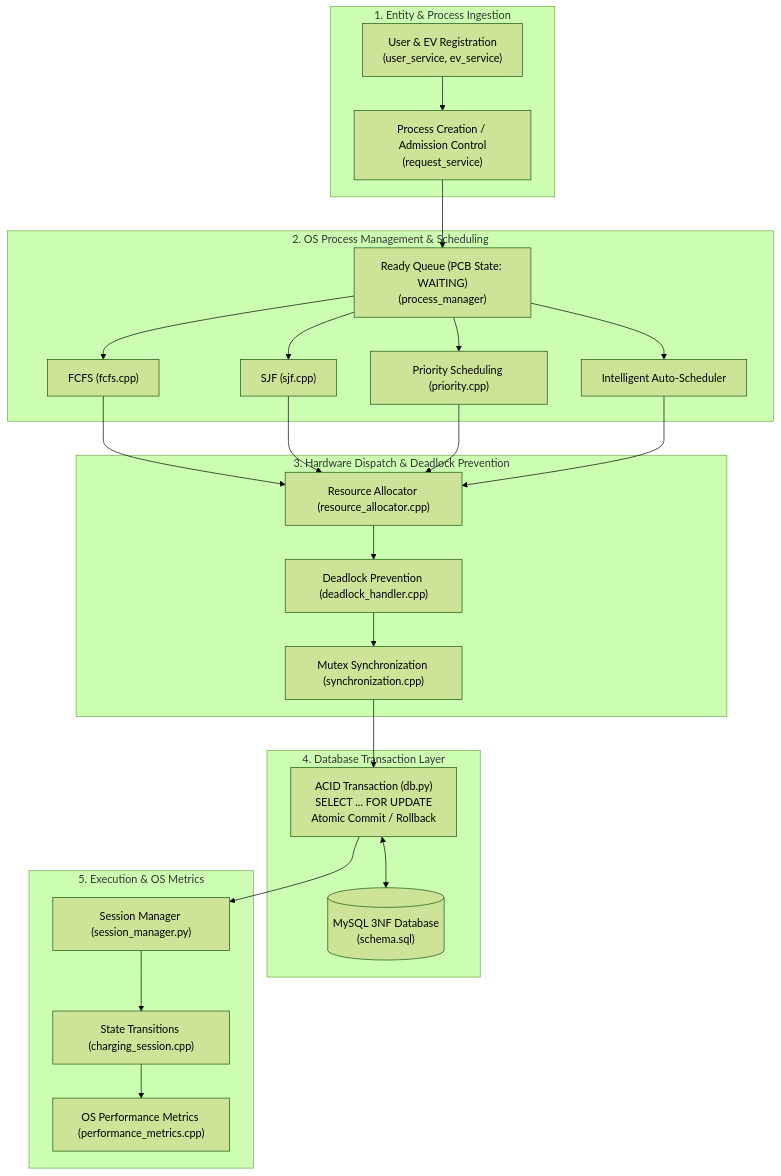
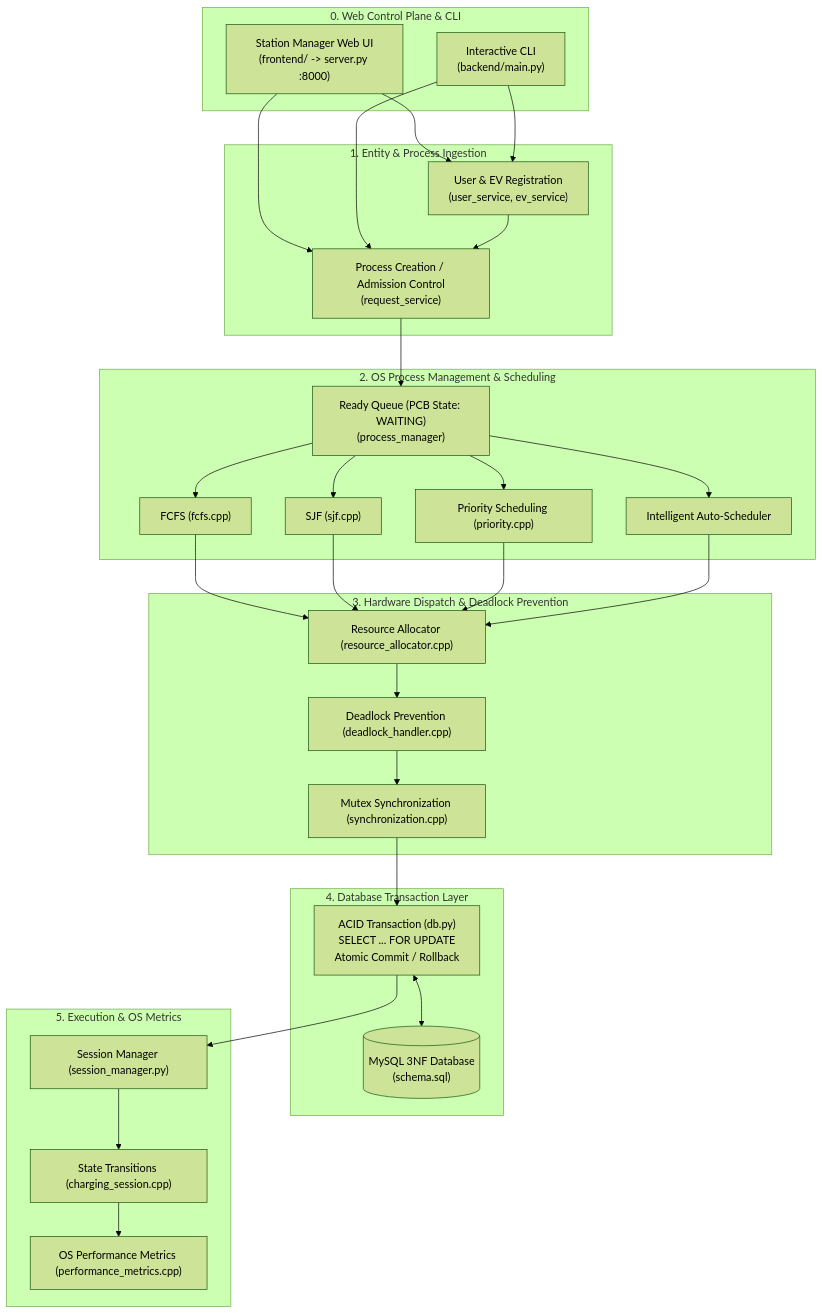
The diagram in README.md (DevanshAgarwal27/DBOS), drawn with Mermaid (forest theme) before and after one commit. The commit also changed other lines of this file and 13 other files, not shown here.

Commit message:
feat: complete Phase 3 web control plane frontend, REST server, architecture diagram, and updated README

````diff
--- a/README.md
+++ b/README.md
@@ -14,42 +17,51 @@
 ```mermaid
 flowchart TD
+    subgraph UI ["0. Web Control Plane & CLI"]
+        WEB["Station Manager Web UI<br>(frontend/ -> server.py :8000)"]
+        CLI["Interactive CLI<br>(backend/main.py)"]
+    end
+
     subgraph Ingestion ["1. Entity & Process Ingestion"]
         U["User & EV Registration<br>(user_service, ev_service)"]
         R["Process Creation / Admission Control<br>(request_service)"]
+        WEB --> U
+        WEB --> R
+        CLI --> U
+        CLI --> R
         U --> R
     end
 
     subgraph OS_Scheduler ["2. OS Process Management & Scheduling"]
         Q["Ready Queue (PCB State: WAITING)<br>(process_manager)"]
         R --> Q
         Q --> S1["FCFS (fcfs.cpp)"]
         Q --> S2["SJF (sjf.cpp)"]
         Q --> S3["Priority Scheduling (priority.cpp)"]
         Q --> S4["Intelligent Auto-Scheduler"]
     end
 
     subgraph Dispatch ["3. Hardware Dispatch & Deadlock Prevention"]
         RA["Resource Allocator (resource_allocator.cpp)"]
         DP["Deadlock Prevention (deadlock_handler.cpp)"]
         SYNC["Mutex Synchronization (synchronization.cpp)"]
         S1 & S2 & S3 & S4 --> RA
         RA --> DP
         DP --> SYNC
     end
 
     subgraph Database ["4. Database Transaction Layer"]
         DB[("MySQL 3NF Database<br>(schema.sql)")]
         TX["ACID Transaction (db.py)<br>SELECT ... FOR UPDATE<br>Atomic Commit / Rollback"]
         SYNC --> TX
         TX <--> DB
     end
 
     subgraph Execution ["5. Execution & OS Metrics"]
         SM["Session Manager (session_manager.py)"]
         CS["State Transitions (charging_session.cpp)"]
         MET["OS Performance Metrics (performance_metrics.cpp)"]
         TX --> SM
         SM --> CS
         CS --> MET
     end
 ```
````
